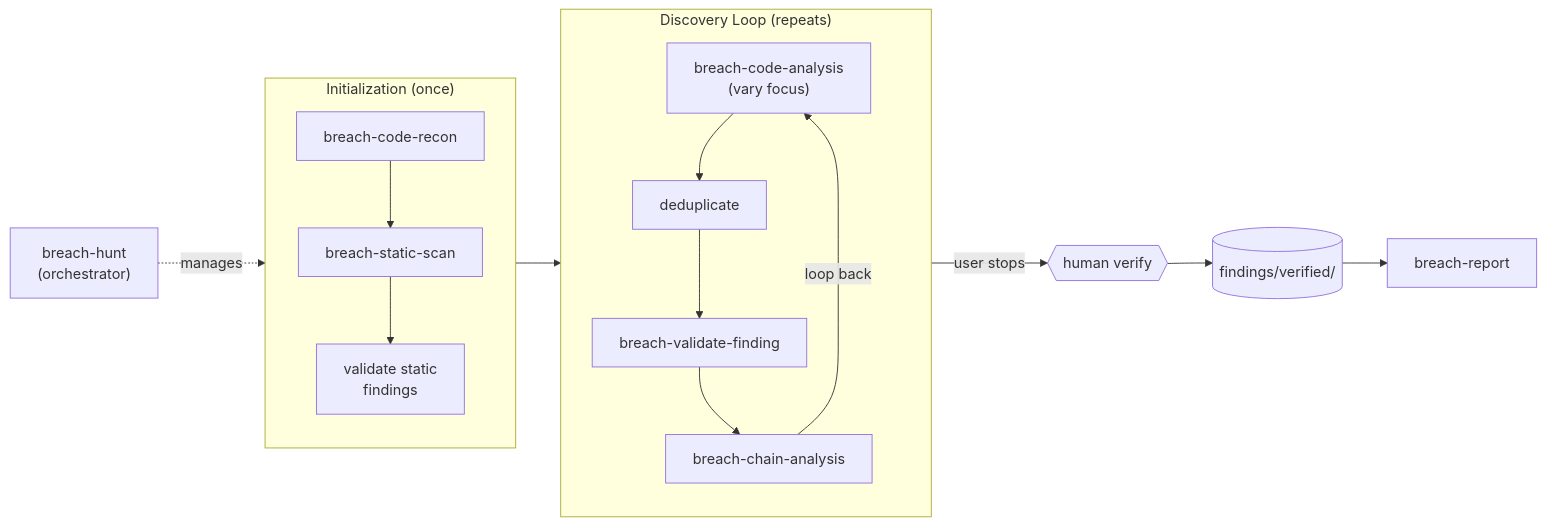
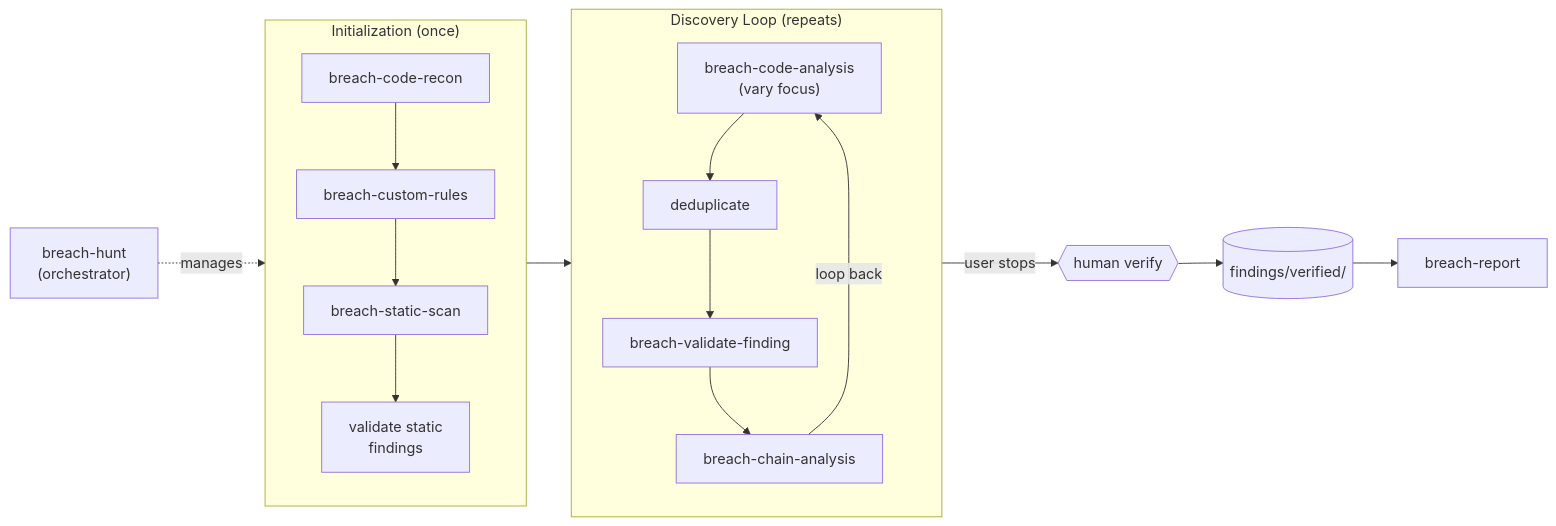
One commit to tsheil/breach-marketplace changed the diagram in README.md. Above: the diagram before and after it, drawn with Mermaid. The commit also changed other lines of this file and 11 other files, not shown here.

First line of the commit message:
Add breach-custom-rules skill and coverage tracking, bump to v1.6.0

````diff
--- a/README.md
+++ b/README.md
@@ -32,30 +32,31 @@
 ```mermaid
 flowchart LR
     hunt["breach-hunt\n(orchestrator)"]
 
     subgraph init ["Initialization (once)"]
         recon["breach-code-recon"]
+        custom["breach-custom-rules"]
         static["breach-static-scan"]
         val_static["validate static\nfindings"]
-        recon --> static --> val_static
+        recon --> custom --> static --> val_static
     end
 
     subgraph loop ["Discovery Loop (repeats)"]
         code["breach-code-analysis\n(vary focus)"]
         dedup["deduplicate"]
         validate["breach-validate-finding"]
         chain["breach-chain-analysis"]
         code --> dedup --> validate --> chain
         chain -->|"loop back"| code
     end
 
     human{{"human verify"}}
     verified[("findings/verified/")]
     report["breach-report"]
 
     hunt -.->|manages| init
     init --> loop
     loop -->|"user stops"| human
     human --> verified
     verified --> report
 ```
````
